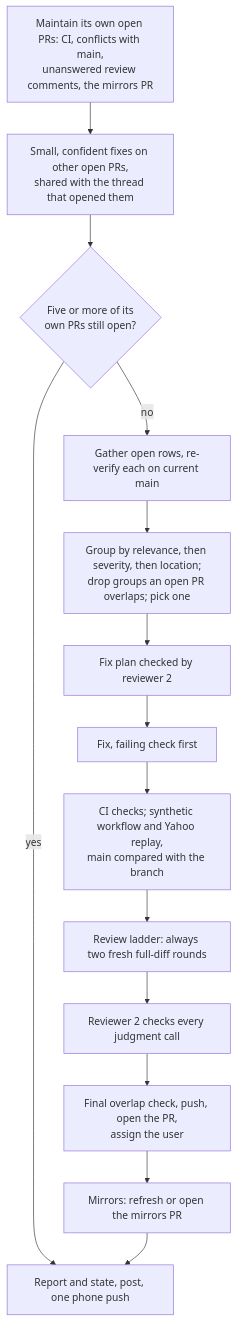
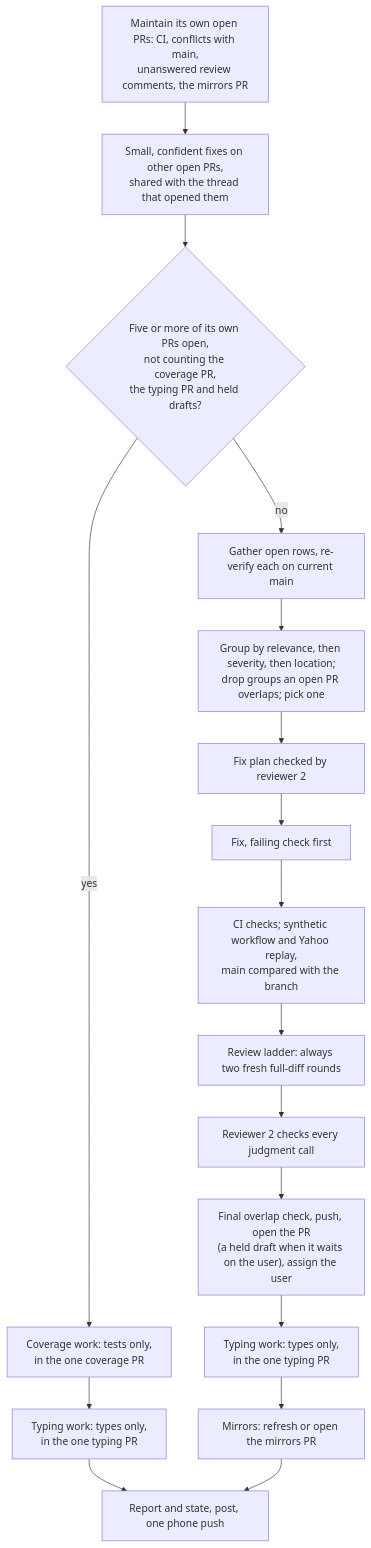
Before and after one commit to sasasqt/invest: the fourth of 8 diagrams in docs/CLAUDE_WORKFLOW.md, drawn with Mermaid. The commit also changed other lines of this file and 1 other file, not shown here.

````diff
--- a/docs/CLAUDE_WORKFLOW.md
+++ b/docs/CLAUDE_WORKFLOW.md
@@ -110,16 +110,19 @@
 ```mermaid
 flowchart TD
   S1["Maintain its own open PRs: CI, conflicts with main,<br/>unanswered review comments, the mirrors PR"] --> S1b["Small, confident fixes on other open PRs,<br/>shared with the thread that opened them"]
-  S1b --> CAP{"Five or more of its<br/>own PRs still open?"}
-  CAP -- yes --> S9["Report and state, post, one phone push"]
+  S1b --> CAP{"Five or more of its own PRs open,<br/>not counting the coverage PR,<br/>the typing PR and held drafts?"}
+  CAP -- yes --> C1["Coverage work: tests only,<br/>in the one coverage PR"]
+  C1 --> T1["Typing work: types only,<br/>in the one typing PR"]
+  T1 --> S9["Report and state, post, one phone push"]
   CAP -- no --> S2["Gather open rows, re-verify each on current main"]
   S2 --> S4["Group by relevance, then severity, then location;<br/>drop groups an open PR overlaps; pick one"]
   S4 --> S4b["Fix plan checked by reviewer 2"]
   S4b --> S5["Fix, failing check first"]
   S5 --> S6["CI checks; synthetic workflow and Yahoo replay,<br/>main compared with the branch"]
   S6 --> S7["Review ladder: always two fresh full-diff rounds"]
   S7 --> S7b["Reviewer 2 checks every judgment call"]
-  S7b --> S8["Final overlap check, push, open the PR,<br/>assign the user"]
-  S8 --> S8b["Mirrors: refresh or open the mirrors PR"]
+  S7b --> S8["Final overlap check, push, open the PR<br/>(a held draft when it waits on the user), assign the user"]
+  S8 --> T2["Typing work: types only,<br/>in the one typing PR"]
+  T2 --> S8b["Mirrors: refresh or open the mirrors PR"]
   S8b --> S9
 ```
````
